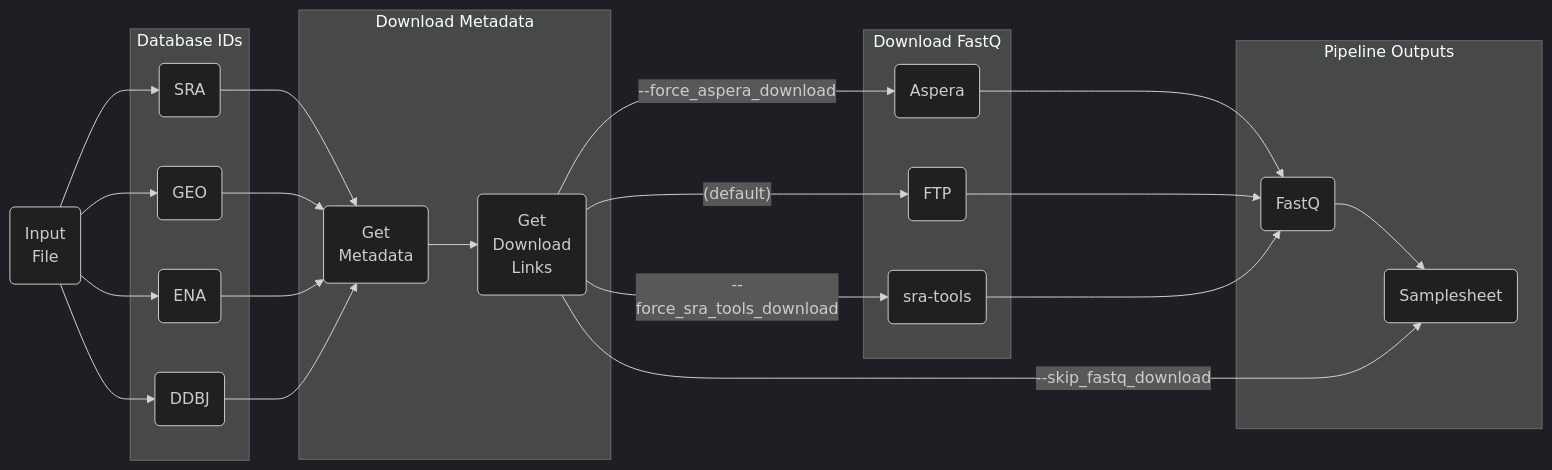
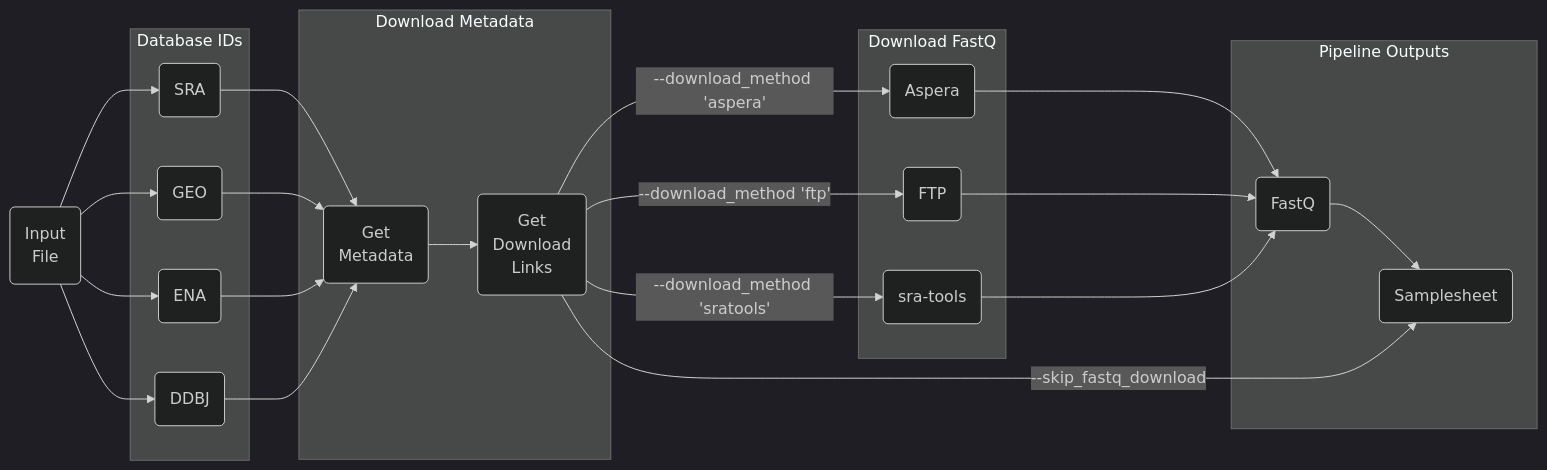
The diagram in README.md (nf-core/fetchngs), drawn with Mermaid (dark theme) before and after one commit.

````diff
--- a/README.md
+++ b/README.md
@@ -26,29 +26,28 @@
 ```mermaid
 flowchart LR
     IDS("Input
     File") --> SRA & GEO & ENA & DDBJ
     subgraph SG_DBIDS[Database IDs]
       SRA("SRA")
       GEO("GEO")
       ENA("ENA")
       DDBJ("DDBJ")
     end
     subgraph SG_METADATA[Download Metadata]
       SRA & GEO & ENA & DDBJ --> META("Get
       Metadata")
       META --> LINKS("Get
       Download
       Links")
     end
     subgraph SG_FETCH_FASTQ[Download FastQ]
-      LINKS --> |"(default)"| FTP("FTP")
-      LINKS --> |--force_aspera_download| ASPERA("Aspera")
-      LINKS --> |--force_sra_tools_download| SRATOOLS("sra-tools")
+      LINKS --> |--download_method 'ftp' | FTP("FTP")
+      LINKS --> |--download_method 'aspera' | ASPERA("Aspera")
+      LINKS --> |--download_method 'sratools' | SRATOOLS("sra-tools")
     end
     subgraph SG_FASTQ[Pipeline Outputs]
       ASPERA & FTP & SRATOOLS --> FASTQ("FastQ")
       FASTQ --> SAMPLESHEET("Samplesheet")
     end
     LINKS --> |--skip_fastq_download| SAMPLESHEET
-
 ```
````
